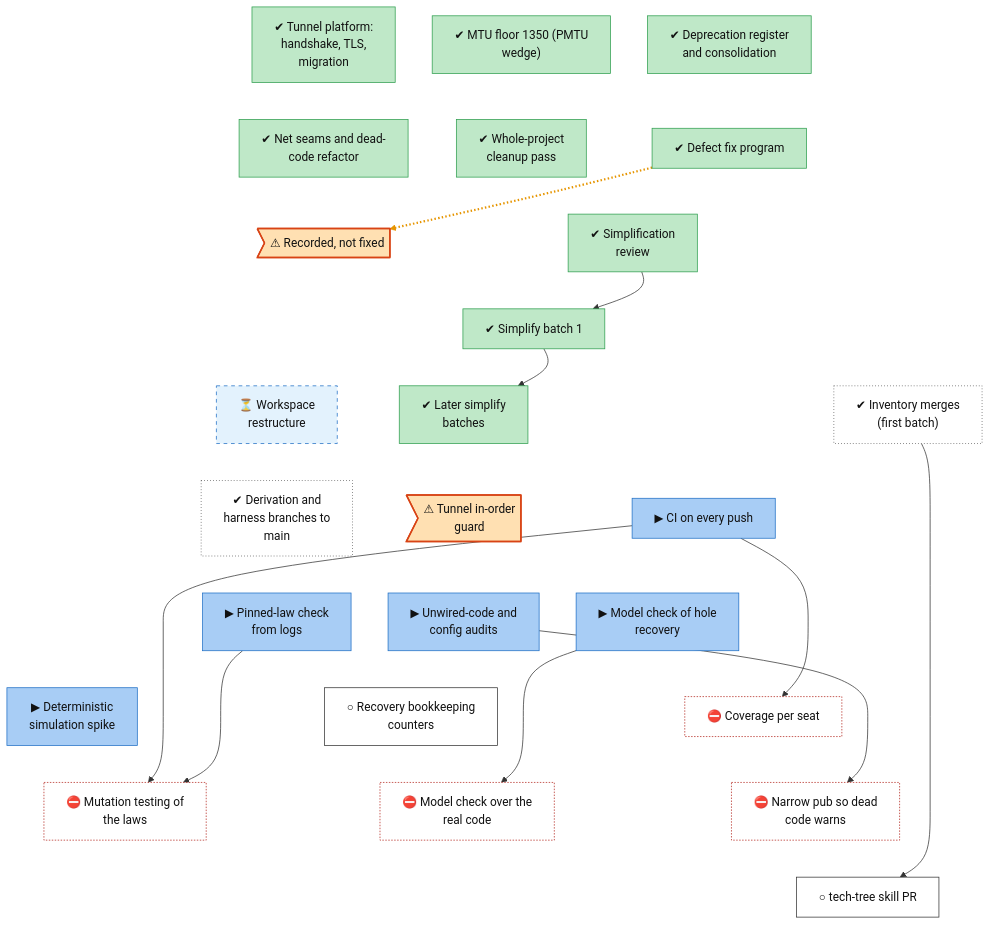
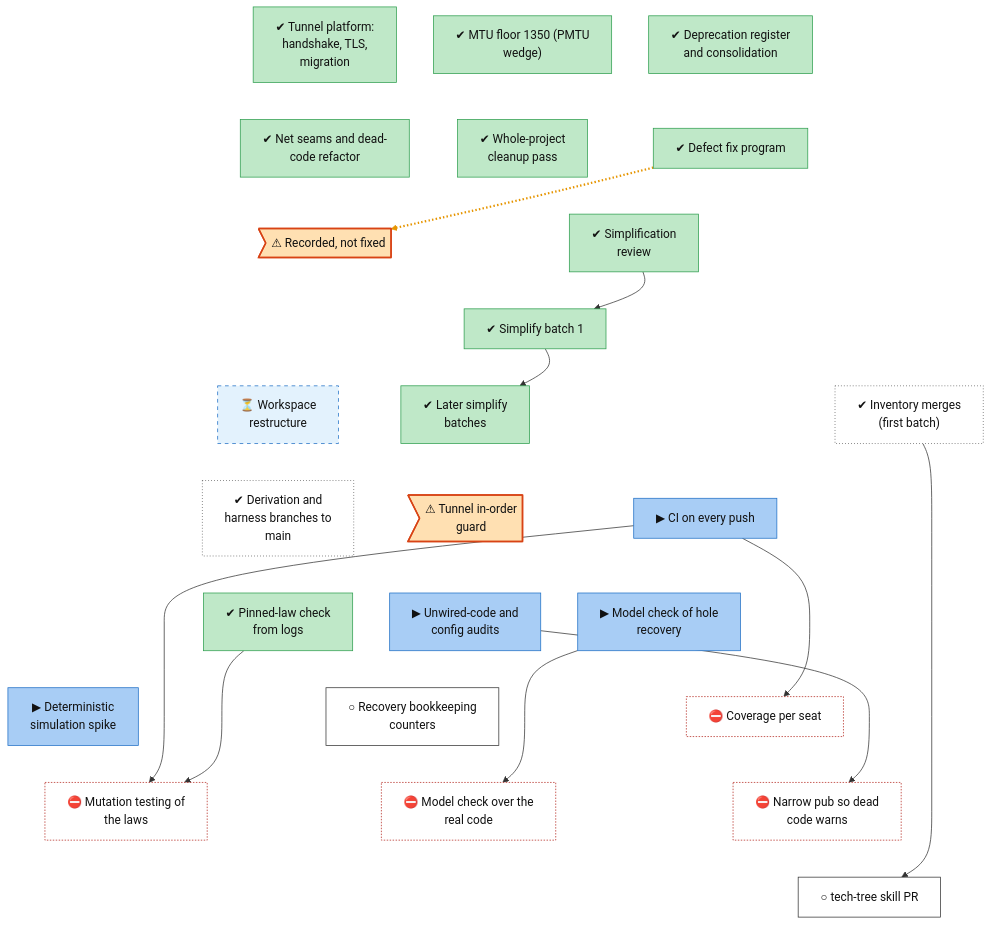
One commit to lhns/raptorpath changed the diagram in docs/roadmap/tracks/infra.md. Above: the diagram before and after it, drawn with Mermaid. The commit also changed other lines of this file and 3 other files, not shown here.

Commit message:
roadmap: pinned-law check done (S3 parts 1-2 merged; 122 cells owed verdicts)

````diff
--- a/docs/roadmap/tracks/infra.md
+++ b/docs/roadmap/tracks/infra.md
@@ -25,7 +25,7 @@
     infra_derivation_merges["✔ Derivation and<br/>harness branches to<br/>main"]
     infra_test_ci_gate["▶ CI on every push"]
     infra_test_static_audits["▶ Unwired-code and<br/>config audits"]
-    infra_test_pinned_law_check["▶ Pinned-law check<br/>from logs"]
+    infra_test_pinned_law_check["✔ Pinned-law check<br/>from logs"]
     infra_test_recovery_model["▶ Model check of hole<br/>recovery"]
     infra_test_sim_spike["▶ Deterministic<br/>simulation spike"]
     infra_test_recovery_counters["○ Recovery bookkeeping<br/>counters"]
@@ -83,11 +83,11 @@
     classDef userdec fill:#d9c2f0,stroke:#7b3fb5,color:#111
     classDef defect fill:#ffe0b2,stroke:#d84315,stroke-width:2px,color:#111
     classDef waiting fill:#e3f2fd,stroke:#1f6fc5,stroke-dasharray:5 5,color:#111
-    class infra_early_platform,infra_mtu_floor,infra_consolidation,infra_net_seams,infra_cleanup_0927,infra_fix_program,infra_simplify_review,infra_simplify_batch1,infra_simplify_batch2 succ
+    class infra_early_platform,infra_mtu_floor,infra_consolidation,infra_net_seams,infra_cleanup_0927,infra_fix_program,infra_simplify_review,infra_simplify_batch1,infra_simplify_batch2,infra_test_pinned_law_check succ
     class infra_defect_recorded_not_fixed,infra_tunnel_inorder_guard defect
     class infra_restructure waiting
     class infra_inventory_merges,infra_derivation_merges unrated
-    class infra_test_ci_gate,infra_test_static_audits,infra_test_pinned_law_check,infra_test_recovery_model,infra_test_sim_spike inprog
+    class infra_test_ci_gate,infra_test_static_audits,infra_test_recovery_model,infra_test_sim_spike inprog
     class infra_test_recovery_counters,infra_tech_tree_skill next
     class infra_test_seat_coverage,infra_test_mutation,infra_test_model_real_decisions,infra_test_pub_narrowing blocked
 ```
````
